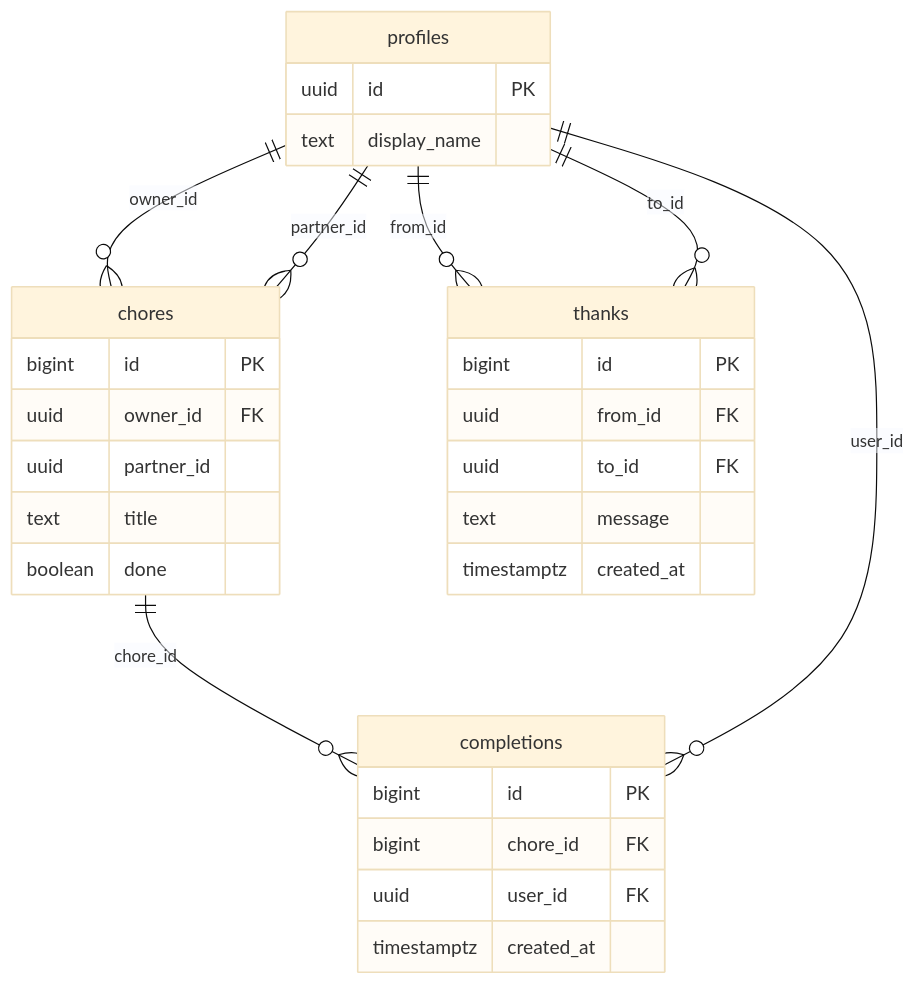
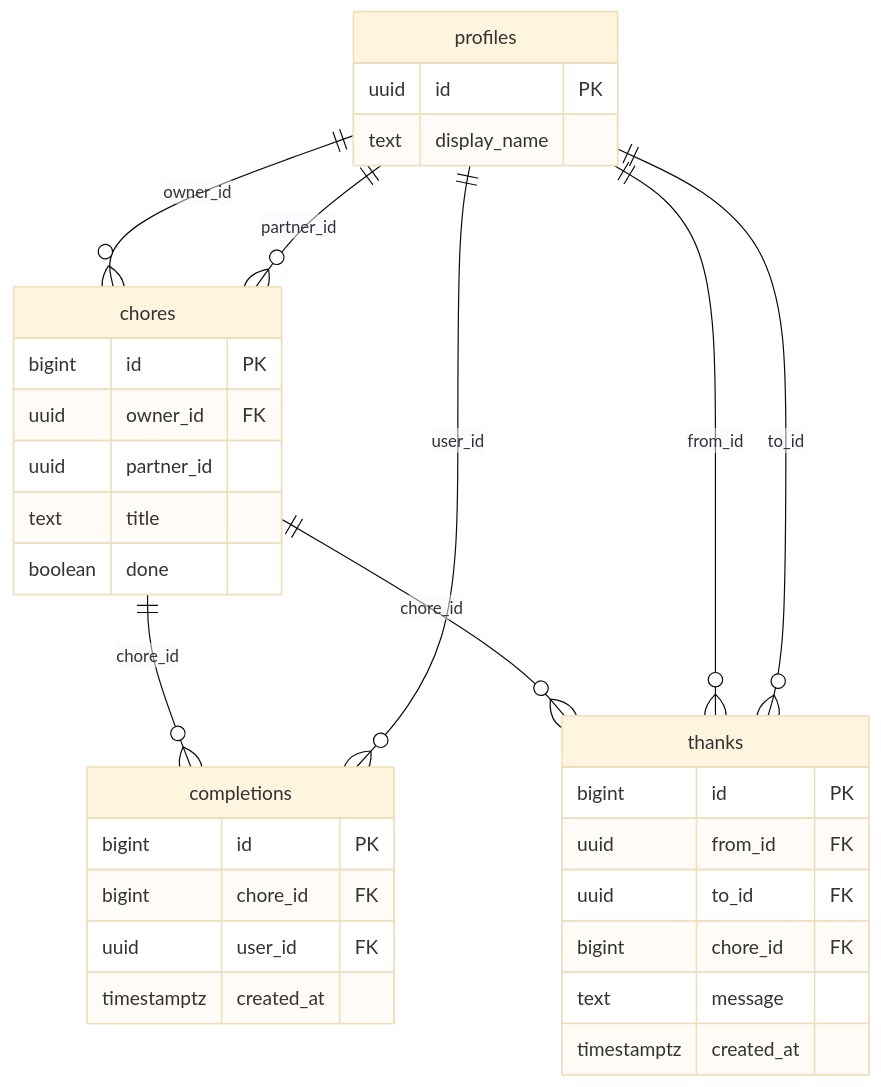
One commit to tokechan/new_mvp changed the diagram in docs/reference/erd.md. Above: the diagram before and after it, drawn with Mermaid (base theme). The commit also changed 4 other files, not shown here.

````diff
--- a/docs/reference/erd.md
+++ b/docs/reference/erd.md
@@ -5,37 +5,39 @@
 ```mermaid
 erDiagram
   profiles {
     uuid id PK
     text display_name
   }
 
   chores {
     bigint id PK
     uuid owner_id FK
     uuid partner_id
     text title
     boolean done
   }
 
   completions {
     bigint id PK
     bigint chore_id FK
     uuid user_id FK
     timestamptz created_at
   }
 
   thanks {
     bigint id PK
     uuid from_id FK
     uuid to_id FK
+    bigint chore_id FK
     text message
     timestamptz created_at
   }
 
   profiles ||--o{ chores : "owner_id"
   profiles ||--o{ chores : "partner_id"
   chores ||--o{ completions : "chore_id"
   profiles ||--o{ completions : "user_id"
+  chores ||--o{ thanks : "chore_id"
   profiles ||--o{ thanks : "from_id"
   profiles ||--o{ thanks : "to_id"
 ```
````
